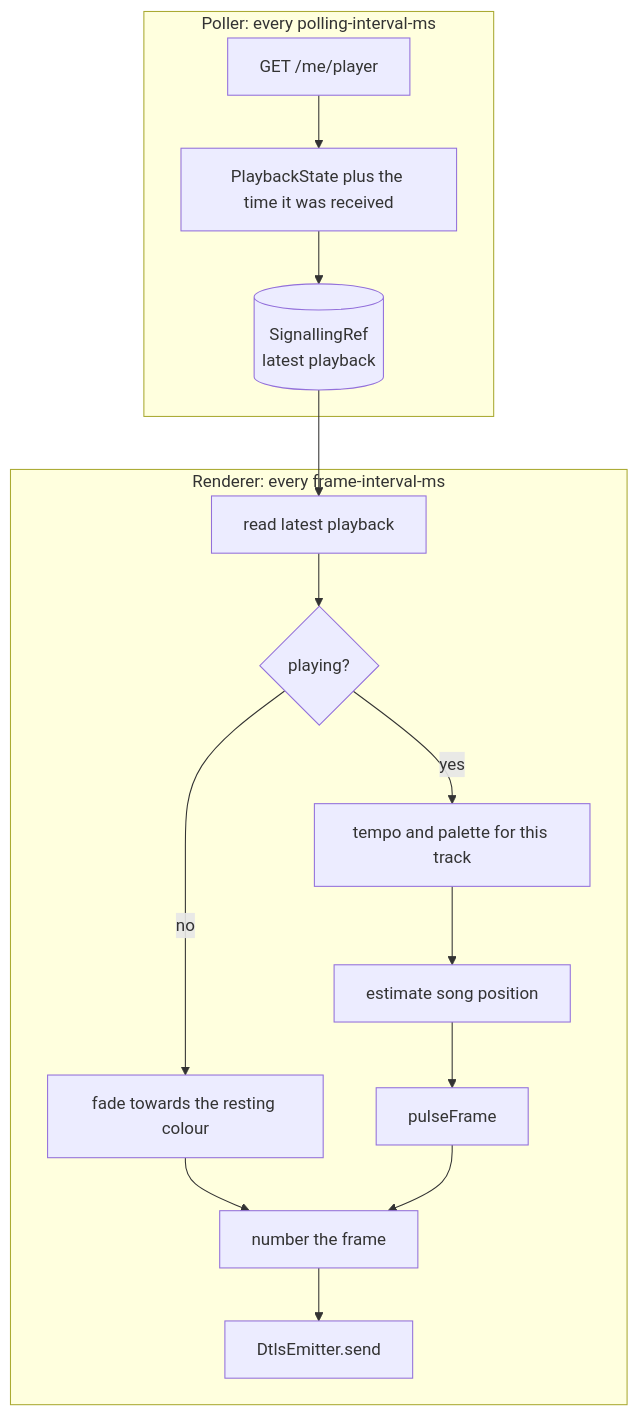
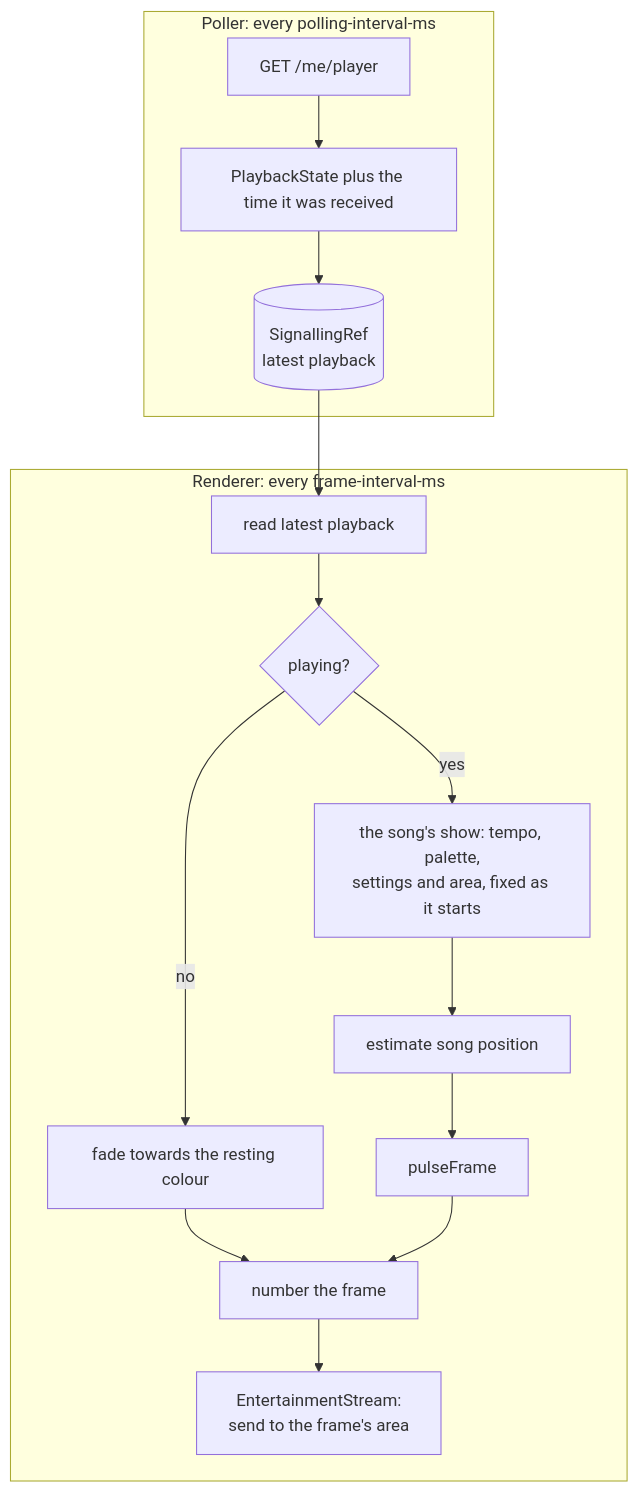
Before and after one commit to LorenzoPrinsloo/spotify-hue-sync: the second of 3 diagrams in docs/how-it-works.md, drawn with Mermaid. The commit also changed other lines of this file and 3 other files, not shown here.

First line of the commit message:
Bring the docs up to date with the settings page and entertainment areas

````diff
--- a/docs/how-it-works.md
+++ b/docs/how-it-works.md
@@ -33,20 +33,20 @@
 ```mermaid
 flowchart TB
     subgraph Poller[Poller: every polling-interval-ms]
         P1[GET /me/player] --> P2[PlaybackState plus the time it was received]
         P2 --> P3[(SignallingRef<br/>latest playback)]
     end
 
     subgraph Renderer[Renderer: every frame-interval-ms]
         R1[read latest playback] --> R2{playing?}
         R2 -- no --> R3[fade towards the resting colour]
-        R2 -- yes --> R4[tempo and palette for this track]
+        R2 -- yes --> R4[the song's show: tempo, palette,<br/>settings and area, fixed as it starts]
         R4 --> R5[estimate song position]
         R5 --> R6[pulseFrame]
         R3 --> R7[number the frame]
         R6 --> R7
-        R7 --> R8[DtlsEmitter.send]
+        R7 --> R8[EntertainmentStream:<br/>send to the frame's area]
     end
 
     P3 --> R1
 ```
````
